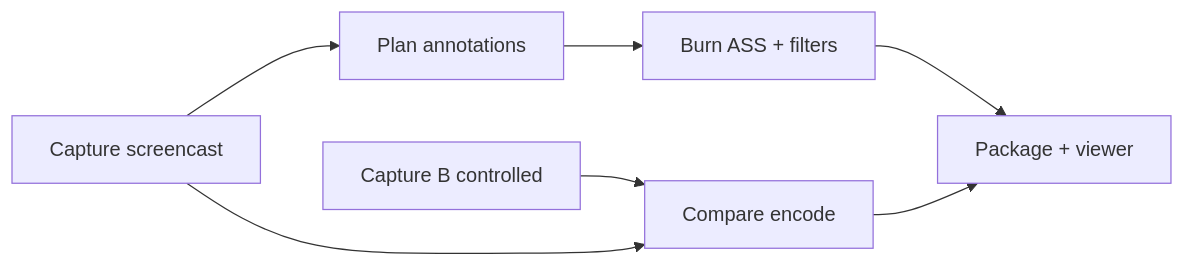
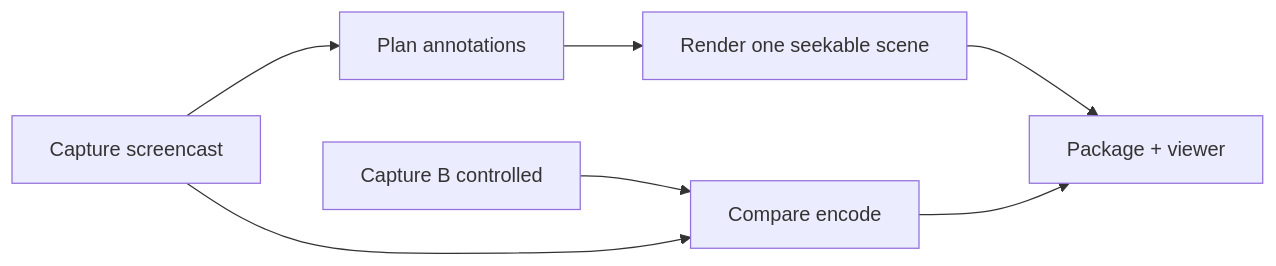
The diagram in docs/design-brief.md (jitterbox/Repro), drawn with Mermaid before and after one commit. The commit also changed other lines of this file and 190 other files, not shown here.

````diff
--- a/docs/design-brief.md
+++ b/docs/design-brief.md
@@ -94,9 +96,9 @@
 ```mermaid
 flowchart LR
   capture[Capture screencast] --> plan[Plan annotations]
-  plan --> render[Burn ASS + filters]
+  plan --> render[Render one seekable scene]
   render --> package[Package + viewer]
   captureB[Capture B controlled] --> compare[Compare encode]
   capture --> compare
   compare --> package
 ```
````
